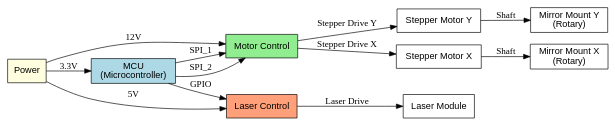
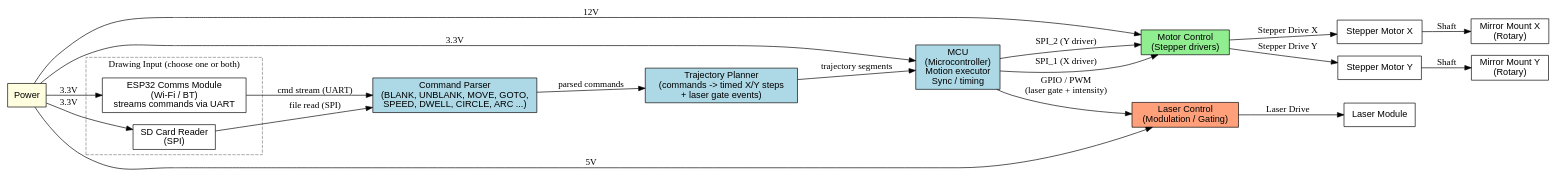
Before and after one commit to SteveMayze/Laser-Projector: the diagram in docs/design/block-diagram.dot, drawn with Graphviz. The commit also changed 1 other file, not shown here.

Commit message:
Add drawing grammar, input subsystem, and BLANK/UNBLANK laser terminology (#2)
* Initial plan

* Add drawing grammar, input subsystem blocks, and BLANK/UNBLANK terminology

Agent-Logs-Url: https://github.com/SteveMayze/Laser-Projector/sessions/88ff302a-2047-4c3d-8c40-494d0ef3547f

---------

```diff
--- a/docs/design/block-diagram.dot
+++ b/docs/design/block-diagram.dot
@@ -1,34 +1,57 @@
 digraph BlockDiagram {
     rankdir=LR;
     node [shape=box, style=filled, fillcolor=lightgrey, fontname="Helvetica"];
 
-    // Blocks
-    Power        [label="Power", fillcolor=lightyellow];
-    MCU          [label="MCU\n(Microcontroller)", fillcolor=lightblue];
-    MotorControl [label="Motor Control", fillcolor=lightgreen];
-    LaserControl [label="Laser Control", fillcolor=lightsalmon];
+    // ── Power ──────────────────────────────────────────────────────────────
+    Power [label="Power", fillcolor=lightyellow];
 
-    // Actuators
+    // ── Input Sources (choose one or both) ────────────────────────────────
+    subgraph cluster_input {
+        label="Drawing Input (choose one or both)";
+        style=dashed;
+        color=grey;
+        SDCardReader [label="SD Card Reader\n(SPI)", fillcolor=white];
+        ESP32        [label="ESP32 Comms Module\n(Wi-Fi / BT)\nstreams commands via UART", fillcolor=white];
+    }
+
+    // ── Firmware pipeline (runs on MCU) ───────────────────────────────────
+    CommandParser     [label="Command Parser\n(BLANK, UNBLANK, MOVE, GOTO,\nSPEED, DWELL, CIRCLE, ARC ...)", fillcolor=lightblue];
+    TrajectoryPlanner [label="Trajectory Planner\n(commands -> timed X/Y steps\n+ laser gate events)", fillcolor=lightblue];
+    MCU               [label="MCU\n(Microcontroller)\nMotion executor\nSync / timing", fillcolor=lightblue];
+
+    // ── Control blocks ─────────────────────────────────────────────────────
+    MotorControl [label="Motor Control\n(Stepper drivers)", fillcolor=lightgreen];
+    LaserControl [label="Laser Control\n(Modulation / Gating)", fillcolor=lightsalmon];
+
+    // ── Actuators ──────────────────────────────────────────────────────────
     StepperX     [label="Stepper Motor X", fillcolor=white];
     StepperY     [label="Stepper Motor Y", fillcolor=white];
     MirrorMountX [label="Mirror Mount X\n(Rotary)", fillcolor=white];
     MirrorMountY [label="Mirror Mount Y\n(Rotary)", fillcolor=white];
     LaserModule  [label="Laser Module", fillcolor=white];
 
-    // Power outputs
+    // ── Power distribution ────────────────────────────────────────────────
     Power -> MCU          [label="3.3V"];
     Power -> LaserControl [label="5V"];
     Power -> MotorControl [label="12V"];
+    Power -> SDCardReader [label="3.3V"];
+    Power -> ESP32        [label="3.3V"];
 
-    // MCU outputs
-    MCU -> MotorControl [label="SPI_1"];
-    MCU -> MotorControl [label="SPI_2"];
-    MCU -> LaserControl [label="GPIO"];
+    // ── Data path: input -> parse -> plan -> execute ───────────────────────
+    SDCardReader      -> CommandParser     [label="file read (SPI)"];
+    ESP32             -> CommandParser     [label="cmd stream (UART)"];
+    CommandParser     -> TrajectoryPlanner [label="parsed commands"];
+    TrajectoryPlanner -> MCU               [label="trajectory segments"];
 
-    // Actuator connections
-    MotorControl -> StepperX    [label="Stepper Drive X"];
-    MotorControl -> StepperY    [label="Stepper Drive Y"];
-    StepperX -> MirrorMountX    [label="Shaft"];
-    StepperY -> MirrorMountY    [label="Shaft"];
-    LaserControl -> LaserModule [label="Laser Drive"];
+    // ── MCU -> control blocks ─────────────────────────────────────────────
+    MCU -> MotorControl [label="SPI_1 (X driver)"];
+    MCU -> MotorControl [label="SPI_2 (Y driver)"];
+    MCU -> LaserControl [label="GPIO / PWM\n(laser gate + intensity)"];
+
+    // ── Actuator connections ───────────────────────────────────────────────
+    MotorControl -> StepperX     [label="Stepper Drive X"];
+    MotorControl -> StepperY     [label="Stepper Drive Y"];
+    StepperX     -> MirrorMountX [label="Shaft"];
+    StepperY     -> MirrorMountY [label="Shaft"];
+    LaserControl -> LaserModule  [label="Laser Drive"];
 }
```
